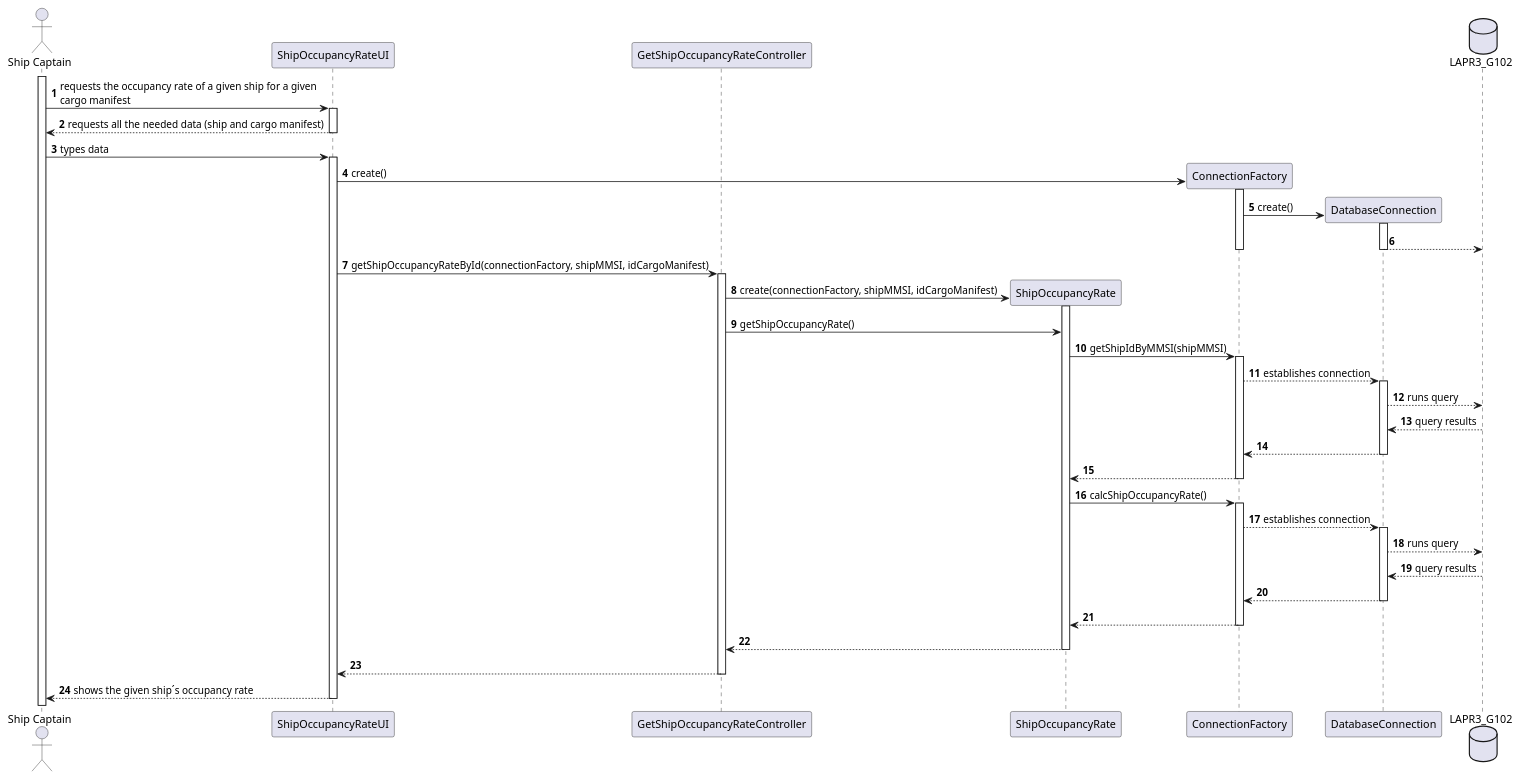
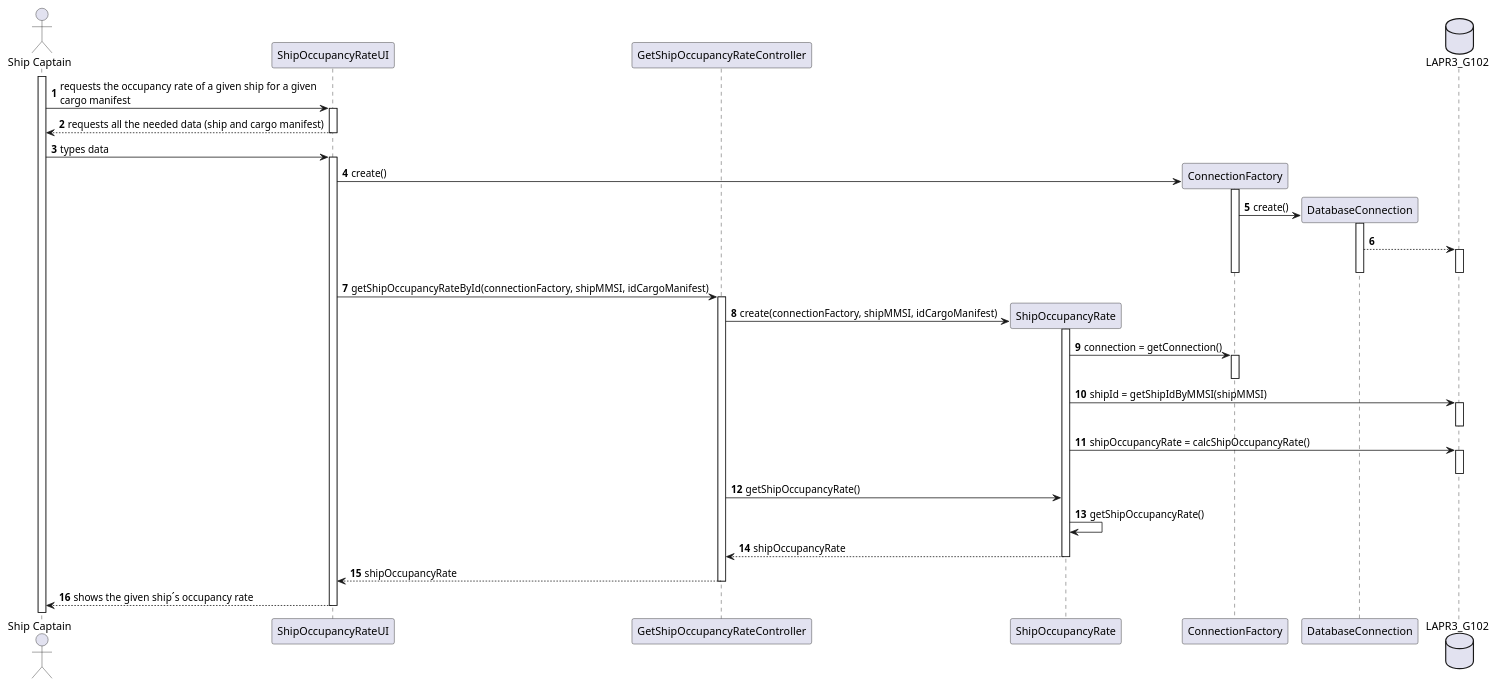
The diagram in docs/Sprint2/US208/US208_SD.puml (mpoboas/lapr3-2021-g102), drawn with PlantUML before and after one commit. The commit also changed 3 other files, not shown here.

```diff
--- a/docs/Sprint2/US208/US208_SD.puml
+++ b/docs/Sprint2/US208/US208_SD.puml
@@ -1,65 +1,57 @@
 @startuml
 autonumber
 'hide footbox
 
 actor "Ship Captain" as SC
 
 participant "ShipOccupancyRateUI" as UI
 participant "GetShipOccupancyRateController" as CTRL
 participant "ShipOccupancyRate" as SHIPOCCRATE
 participant ConnectionFactory as CF
 participant DatabaseConnection as DC
 database LAPR3_G102 as DB
 
 activate SC
 SC -> UI : requests the occupancy rate of a given ship for a given\ncargo manifest
 activate UI
 UI --> SC : requests all the needed data (ship and cargo manifest)
 deactivate UI
 
 SC -> UI : types data
 activate UI
 
 UI -> CF** : create()
 activate CF
 CF -> DC** : create()
 activate DC
 DC --> DB
+activate DB
+deactivate DB
 deactivate DC
 deactivate CF
 
 UI -> CTRL : getShipOccupancyRateById(connectionFactory, shipMMSI, idCargoManifest)
 activate CTRL
 CTRL -> SHIPOCCRATE** : create(connectionFactory, shipMMSI, idCargoManifest)
 activate SHIPOCCRATE
+
+SHIPOCCRATE -> CF : connection = getConnection()
+activate CF
+deactivate CF
+SHIPOCCRATE -> DB : shipId = getShipIdByMMSI(shipMMSI)
+activate DB
+deactivate DB
+
+SHIPOCCRATE -> DB : shipOccupancyRate = calcShipOccupancyRate()
+activate DB
+deactivate DB
+
 CTRL -> SHIPOCCRATE : getShipOccupancyRate()
-
-SHIPOCCRATE -> CF : getShipIdByMMSI(shipMMSI)
-activate CF
-CF --> DC : establishes connection
-activate DC
-DC --> DB : runs query
-DB --> DC : query results
-DC --> CF
-deactivate DC
-CF --> SHIPOCCRATE
-deactivate CF
-
-SHIPOCCRATE -> CF : calcShipOccupancyRate()
-activate CF
-CF --> DC : establishes connection
-activate DC
-DC --> DB : runs query
-DB --> DC : query results
-DC --> CF
-deactivate DC
-CF --> SHIPOCCRATE
-deactivate CF
-
-SHIPOCCRATE --> CTRL
+SHIPOCCRATE -> SHIPOCCRATE : getShipOccupancyRate()
+SHIPOCCRATE --> CTRL : shipOccupancyRate
 deactivate SHIPOCCRATE
-CTRL --> UI
+CTRL --> UI : shipOccupancyRate
 deactivate CTRL
 UI --> SC : shows the given ship´s occupancy rate
 deactivate UI
 @enduml
```
